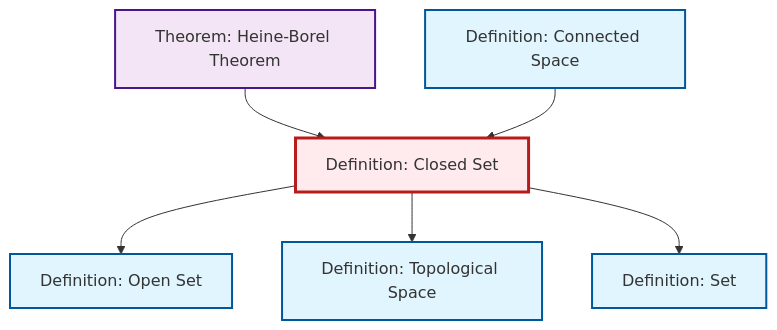
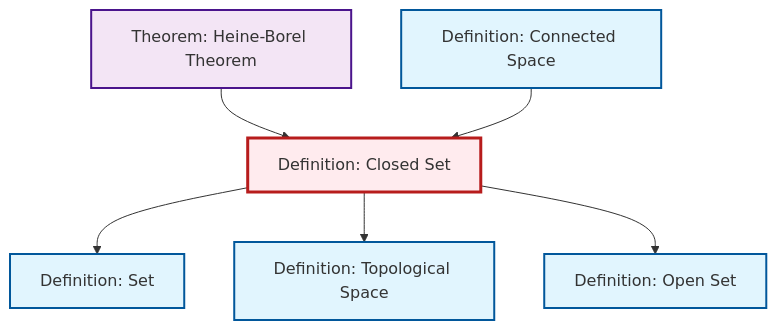
The diagram in content/ja/topology/def-closed-set.qmd (RK0429/ModernMath), drawn with Mermaid before and after one commit. The commit also changed other lines of this file and 474 other files, not shown here.

````diff
--- a/content/ja/topology/def-closed-set.qmd
+++ b/content/ja/topology/def-closed-set.qmd
@@ -45,26 +45,26 @@
 ```{mermaid}
 %%| fig-cap: "Local dependency graph"
 graph TD
     classDef definition fill:#e1f5fe,stroke:#01579b,stroke-width:2px
     classDef theorem fill:#f3e5f5,stroke:#4a148c,stroke-width:2px
     classDef axiom fill:#fff3e0,stroke:#e65100,stroke-width:2px
     classDef example fill:#e8f5e9,stroke:#1b5e20,stroke-width:2px
     classDef current fill:#ffebee,stroke:#b71c1c,stroke-width:3px
+    def-open-set["Definition: Open Set"]:::definition
     def-set["Definition: Set"]:::definition
-    def-topological-space["Definition: Topological Space"]:::definition
-    def-closed-set["Definition: Closed Set"]:::definition
     thm-heine-borel["Theorem: Heine-Borel Theorem"]:::theorem
     def-connected["Definition: Connected Space"]:::definition
-    def-open-set["Definition: Open Set"]:::definition
-    def-closed-set --> def-open-set
+    def-closed-set["Definition: Closed Set"]:::definition
+    def-topological-space["Definition: Topological Space"]:::definition
     thm-heine-borel --> def-closed-set
-    def-closed-set --> def-topological-space
     def-connected --> def-closed-set
     def-closed-set --> def-set
+    def-closed-set --> def-topological-space
+    def-closed-set --> def-open-set
     class def-closed-set current
+    click def-open-set "def-open-set.html" "Definition: Open Setへ"
     click def-set "def-set.html" "Definition: Setへ"
-    click def-topological-space "def-topological-space.html" "Definition: Topological Spaceへ"
     click thm-heine-borel "thm-heine-borel.html" "Theorem: Heine-Borel Theoremへ"
     click def-connected "def-connected.html" "Definition: Connected Spaceへ"
-    click def-open-set "def-open-set.html" "Definition: Open Setへ"
+    click def-topological-space "def-topological-space.html" "Definition: Topological Spaceへ"
 ```
````
